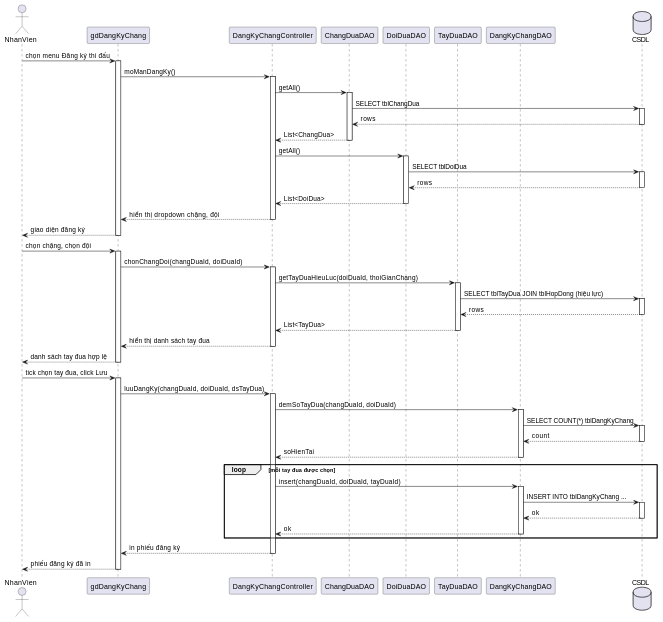
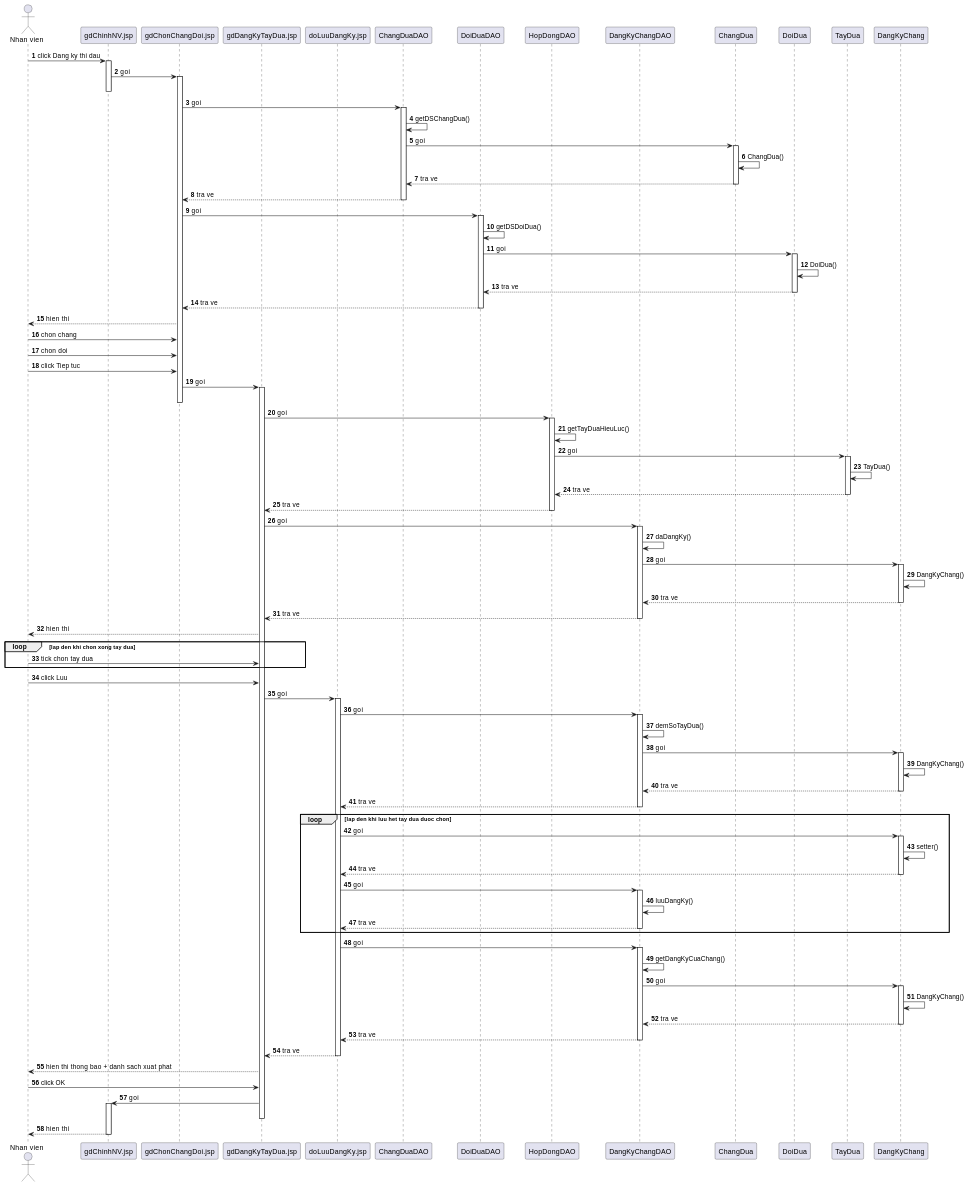
Before and after one commit to 7gho/CNPM-He2026: the sixth of 6 diagrams in Module 2 - Kin/noi-dung.md, drawn with PlantUML. The commit also changed other lines of this file and 53 other files, not shown here.

First line of the commit message:
Chuan hoa toan bo tai lieu theo giao trinh va de bai goc

````diff
--- a/Module 2 - Kin/noi-dung.md
+++ b/Module 2 - Kin/noi-dung.md
@@ -191,81 +530,135 @@
 ```plantuml
 @startuml
-actor NhanVien as NV
-participant "gdDangKyChang" as V
-participant "DangKyChangController" as C
+autonumber
+actor "Nhan vien" as NV
+participant "gdChinhNV.jsp" as V0
+participant "gdChonChangDoi.jsp" as V1
+participant "gdDangKyTayDua.jsp" as V2
+participant "doLuuDangKy.jsp" as V3
 participant "ChangDuaDAO" as CDAO
 participant "DoiDuaDAO" as DDAO
-participant "TayDuaDAO" as TDAO
+participant "HopDongDAO" as HDAO
 participant "DangKyChangDAO" as KDAO
-database "CSDL" as DB
+participant "ChangDua" as CD
+participant "DoiDua" as DD
+participant "TayDua" as TD
+participant "DangKyChang" as DKC
 
-NV -> V : chọn menu Đăng ký thi đấu
-activate V
-V -> C : moManDangKy()
-activate C
-C -> CDAO : getAll()
+NV -> V0 : click Dang ky thi dau
+activate V0
+V0 -> V1 : goi
+activate V1
+deactivate V0
+
+V1 -> CDAO : goi
 activate CDAO
-CDAO -> DB : SELECT tblChangDua
-activate DB
-DB --> CDAO : rows
-deactivate DB
-CDAO --> C : List<ChangDua>
+CDAO -> CDAO : getDSChangDua()
+CDAO -> CD : goi
+activate CD
+CD -> CD : ChangDua()
+CD --> CDAO : tra ve
+deactivate CD
+CDAO --> V1 : tra ve
 deactivate CDAO
-C -> DDAO : getAll()
+
+V1 -> DDAO : goi
 activate DDAO
-DDAO -> DB : SELECT tblDoiDua
-activate DB
-DB --> DDAO : rows
-deactivate DB
-DDAO --> C : List<DoiDua>
+DDAO -> DDAO : getDSDoiDua()
+DDAO -> DD : goi
+activate DD
+DD -> DD : DoiDua()
+DD --> DDAO : tra ve
+deactivate DD
+DDAO --> V1 : tra ve
 deactivate DDAO
-C --> V : hiển thị dropdown chặng, đội
-deactivate C
-V --> NV : giao diện đăng ký
-deactivate V
 
-NV -> V : chọn chặng, chọn đội
-activate V
-V -> C : chonChangDoi(changDuaId, doiDuaId)
-activate C
-C -> TDAO : getTayDuaHieuLuc(doiDuaId, thoiGianChang)
-activate TDAO
-TDAO -> DB : SELECT tblTayDua JOIN tblHopDong (hiệu lực)
-activate DB
-DB --> TDAO : rows
-deactivate DB
-TDAO --> C : List<TayDua>
-deactivate TDAO
-C --> V : hiển thị danh sách tay đua
-deactivate C
-V --> NV : danh sách tay đua hợp lệ
-deactivate V
+V1 --> NV : hien thi
 
-NV -> V : tick chọn tay đua, click Lưu
-activate V
-V -> C : luuDangKy(changDuaId, doiDuaId, dsTayDua)
-activate C
-C -> KDAO : demSoTayDua(changDuaId, doiDuaId)
+NV -> V1 : chon chang
+NV -> V1 : chon doi
+NV -> V1 : click Tiep tuc
+
+V1 -> V2 : goi
+activate V2
+deactivate V1
+
+V2 -> HDAO : goi
+activate HDAO
+HDAO -> HDAO : getTayDuaHieuLuc()
+HDAO -> TD : goi
+activate TD
+TD -> TD : TayDua()
+TD --> HDAO : tra ve
+deactivate TD
+HDAO --> V2 : tra ve
+deactivate HDAO
+
+V2 -> KDAO : goi
 activate KDAO
-KDAO -> DB : SELECT COUNT(*) tblDangKyChang
-activate DB
-DB --> KDAO : count
-deactivate DB
-KDAO --> C : soHienTai
+KDAO -> KDAO : daDangKy()
+KDAO -> DKC : goi
+activate DKC
+DKC -> DKC : DangKyChang()
+DKC --> KDAO : tra ve
+deactivate DKC
+KDAO --> V2 : tra ve
 deactivate KDAO
-loop mỗi tay đua được chọn
-  C -> KDAO : insert(changDuaId, doiDuaId, tayDuaId)
+
+V2 --> NV : hien thi
+
+loop lap den khi chon xong tay dua
+  NV -> V2 : tick chon tay dua
+end
+
+NV -> V2 : click Luu
+
+V2 -> V3 : goi
+activate V3
+
+V3 -> KDAO : goi
+activate KDAO
+KDAO -> KDAO : demSoTayDua()
+KDAO -> DKC : goi
+activate DKC
+DKC -> DKC : DangKyChang()
+DKC --> KDAO : tra ve
+deactivate DKC
+KDAO --> V3 : tra ve
+deactivate KDAO
+
+loop lap den khi luu het tay dua duoc chon
+  V3 -> DKC : goi
+  activate DKC
+  DKC -> DKC : setter()
+  DKC --> V3 : tra ve
+  deactivate DKC
+  V3 -> KDAO : goi
   activate KDAO
-  KDAO -> DB : INSERT INTO tblDangKyChang ...
-  activate DB
-  DB --> KDAO : ok
-  deactivate DB
-  KDAO --> C : ok
+  KDAO -> KDAO : luuDangKy()
+  KDAO --> V3 : tra ve
   deactivate KDAO
 end
-C --> V : in phiếu đăng ký
-deactivate C
-V --> NV : phiếu đăng ký đã in
-deactivate V
+
+V3 -> KDAO : goi
+activate KDAO
+KDAO -> KDAO : getDangKyCuaChang()
+KDAO -> DKC : goi
+activate DKC
+DKC -> DKC : DangKyChang()
+DKC --> KDAO : tra ve
+deactivate DKC
+KDAO --> V3 : tra ve
+deactivate KDAO
+
+V3 --> V2 : tra ve
+deactivate V3
+V2 --> NV : hien thi thong bao + danh sach xuat phat
+
+NV -> V2 : click OK
+V2 -> V0 : goi
+activate V0
+deactivate V2
+V0 --> NV : hien thi
+deactivate V0
 @enduml
 ```
````
